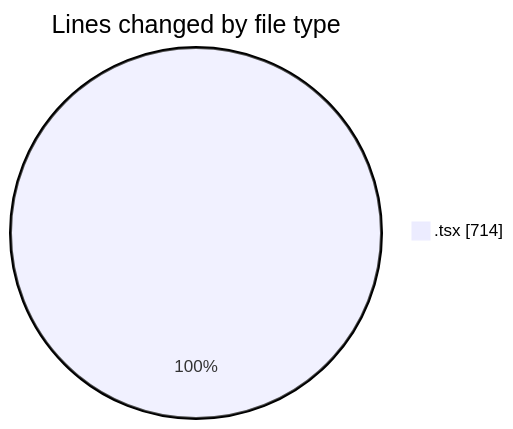
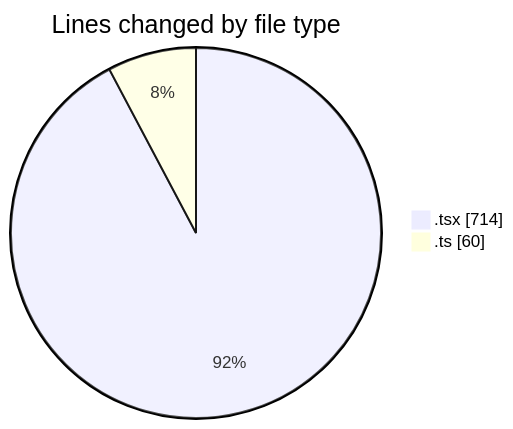
Before and after one commit to nxtqubesakshisongat/code-tracking: the first of 2 diagrams in 2026-02-20/nxtqube_webapp/README.md, drawn with Mermaid. The commit also changed other lines of this file and 1 other file, not shown here.

````diff
--- a/2026-02-20/nxtqube_webapp/README.md
+++ b/2026-02-20/nxtqube_webapp/README.md
@@ -20,5 +21,6 @@
 ```mermaid
 pie showData
 title Lines changed by file type
 ".tsx" : 714
+".ts" : 60
 ```
````
